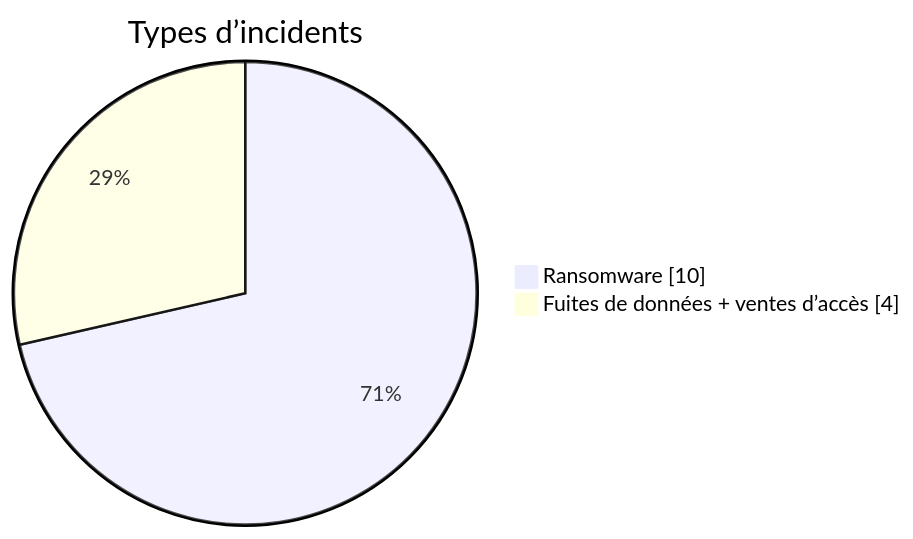
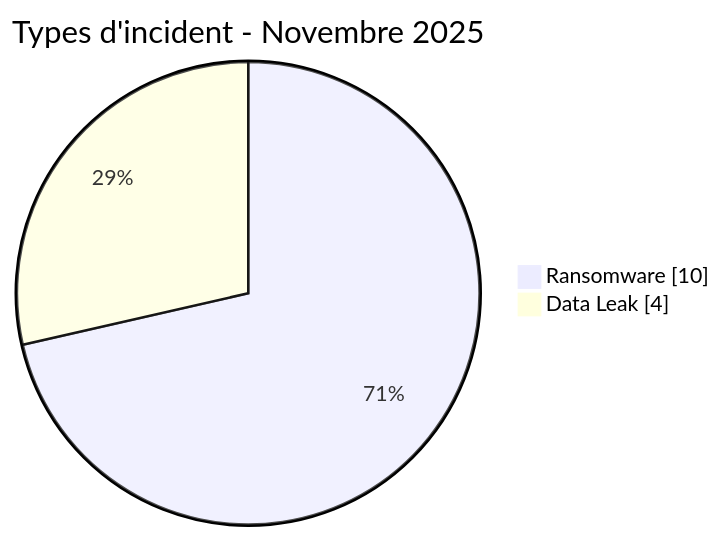
One commit to Hatchepsoute/AFRINTEL changed the first of 3 diagrams in CyberAttackAfrica/2025/11-november/README_FR.md. Above: the diagram before and after it, drawn with Mermaid. The commit also changed other lines of this file and 35 other files, not shown here.

````diff
--- a/CyberAttackAfrica/2025/11-november/README_FR.md
+++ b/CyberAttackAfrica/2025/11-november/README_FR.md
@@ -140,6 +72,6 @@
 ```mermaid
 pie showData
-    title Types d’incidents
+    title Types d'incident - Novembre 2025
     "Ransomware" : 10
-    "Fuites de données + ventes d’accès" : 4
+    "Data Leak" : 4
 ```
````
